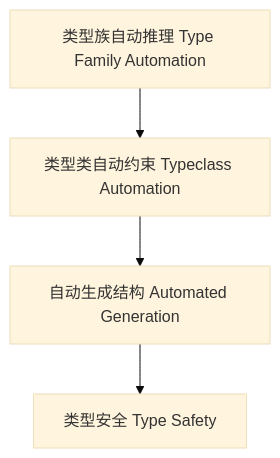
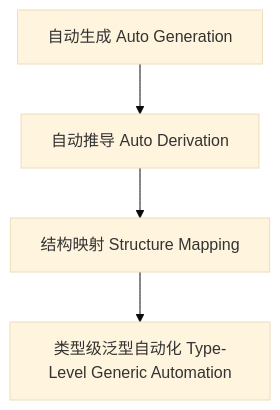
The diagram in docs/analysis/Type/01-Type-Level-Generic-Automation.md (AdaMartin18010/haskell), drawn with Mermaid (base theme) before and after one commit. The commit also changed other lines of this file and 21 other files, not shown here.

````diff
--- a/docs/analysis/Type/01-Type-Level-Generic-Automation.md
+++ b/docs/analysis/Type/01-Type-Level-Generic-Automation.md
@@ -62,6 +56,6 @@
 ```mermaid
 graph TD
-  A[类型族自动推理 Type Family Automation] --> B[类型类自动约束 Typeclass Automation]
-  B --> C[自动生成结构 Automated Generation]
-  C --> D[类型安全 Type Safety]
+  A[自动生成 Auto Generation] --> B[自动推导 Auto Derivation]
+  B --> C[结构映射 Structure Mapping]
+  C --> D[类型级泛型自动化 Type-Level Generic Automation]
 ```
````
